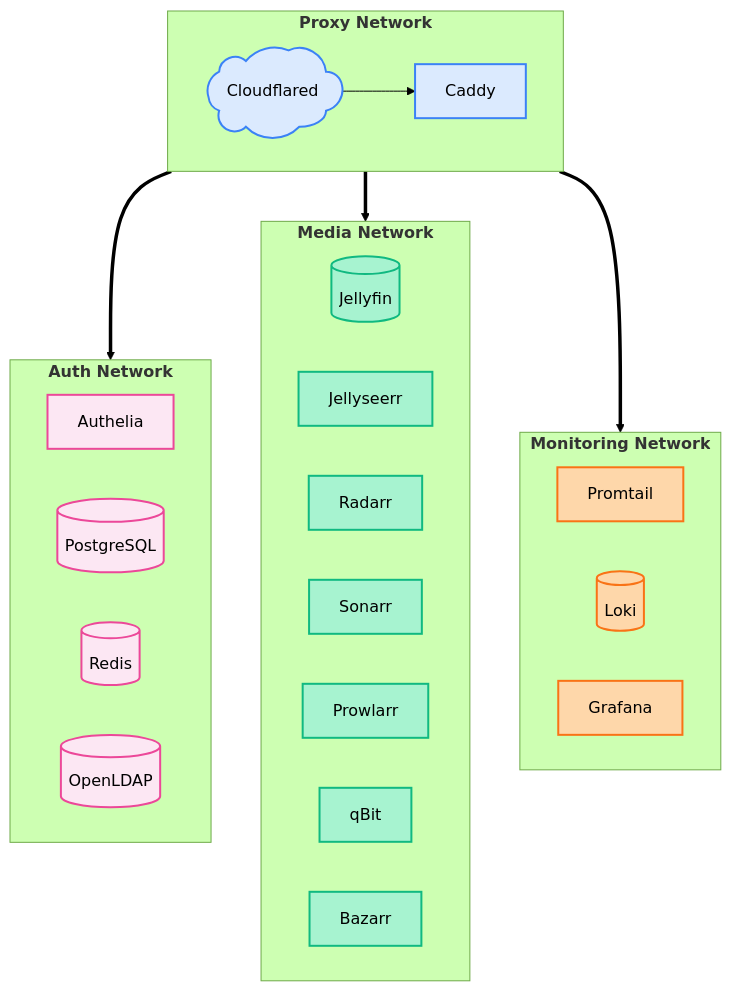
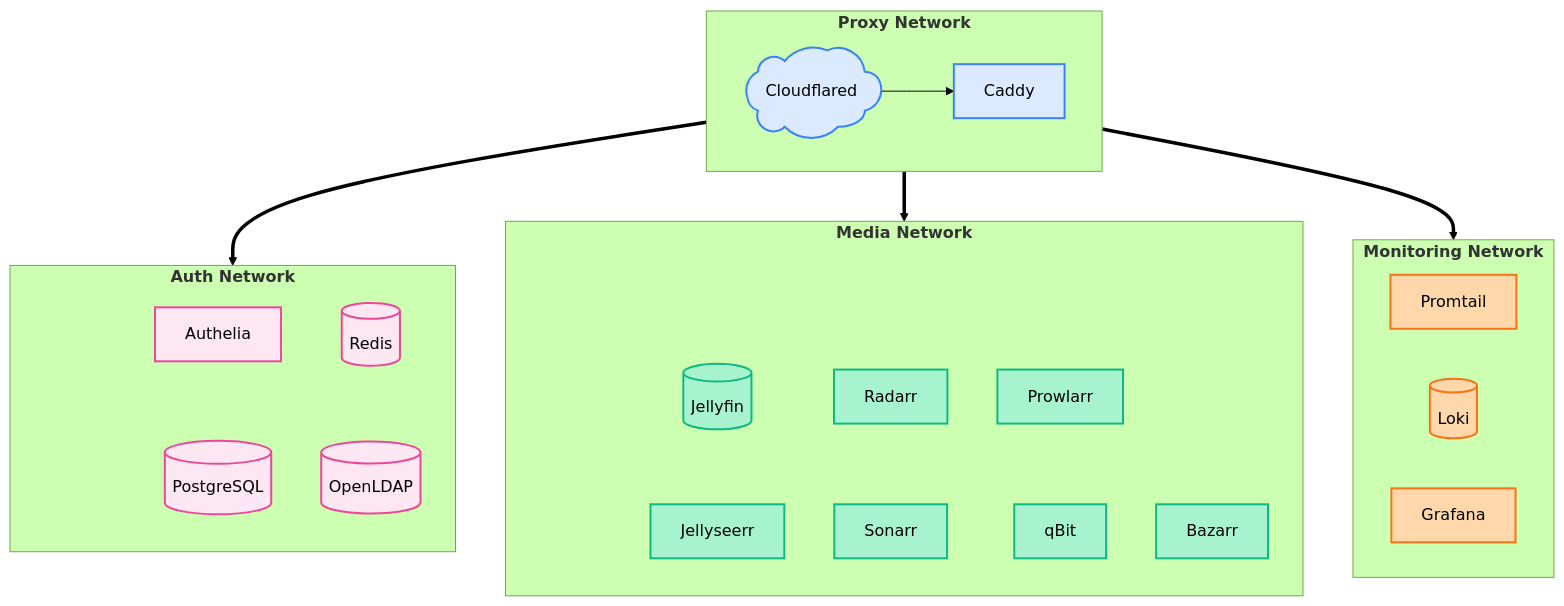
One commit to Mykyta-Home-Server/homeserver changed the fourth of 4 diagrams in docs-site/src/content/docs/guides/introduction.mdx. Above: the diagram before and after it, drawn with Mermaid (forest theme). The commit also changed 1 other file, not shown here.

First paragraph of the commit message:
Redesign diagrams: compact grid layouts with minimal whitespace
Completely redesigned diagrams to remove excessive empty space and implement proper grid layouts as requested.

````diff
--- a/docs-site/src/content/docs/guides/introduction.mdx
+++ b/docs-site/src/content/docs/guides/introduction.mdx
@@ -130,47 +130,69 @@
 ```mermaid
 flowchart TB
     subgraph proxy["`**Proxy Network**`"]
         direction LR
         CF@{ shape: cloud, label: "Cloudflared" }
         Caddy@{ shape: rect, label: "Caddy" }
     end
 
     subgraph auth["`**Auth Network**`"]
-        direction LR
+        direction TB
+        row1_a[" "]
+        row2_a[" "]
         Authelia@{ shape: rect, label: "Authelia" }
         PG@{ shape: cyl, label: "PostgreSQL" }
         Redis@{ shape: cyl, label: "Redis" }
         LDAP@{ shape: cyl, label: "OpenLDAP" }
+
+        row1_a ~~~ row2_a
+        Authelia ~~~ PG
+        Redis ~~~ LDAP
     end
 
     subgraph media["`**Media Network**`"]
-        direction LR
+        direction TB
+        row1_m[" "]
+        row2_m[" "]
+        row3_m[" "]
         JF@{ shape: cyl, label: "Jellyfin" }
         JS@{ shape: rect, label: "Jellyseerr" }
         RD@{ shape: rect, label: "Radarr" }
         SN@{ shape: rect, label: "Sonarr" }
         PW@{ shape: rect, label: "Prowlarr" }
         QB@{ shape: rect, label: "qBit" }
         BZ@{ shape: rect, label: "Bazarr" }
+
+        row1_m ~~~ row2_m
+        row2_m ~~~ row3_m
+        JF ~~~ JS
+        RD ~~~ SN
+        PW ~~~ QB
+        BZ
     end
 
     subgraph monitor["`**Monitoring Network**`"]
         direction LR
         PT@{ shape: rect, label: "Promtail" }
         Loki@{ shape: cyl, label: "Loki" }
         Graf@{ shape: rect, label: "Grafana" }
     end
 
     CF --> Caddy
     Caddy ==> auth & media & monitor
 
+    style row1_a fill:none,stroke:none
+    style row2_a fill:none,stroke:none
+    style row1_m fill:none,stroke:none
+    style row2_m fill:none,stroke:none
+    style row3_m fill:none,stroke:none
+
     classDef proxyStyle fill:#dbeafe,stroke:#3b82f6,stroke-width:2px
     classDef authStyle fill:#fce7f3,stroke:#ec4899,stroke-width:2px
     classDef mediaStyle fill:#a7f3d0,stroke:#10b981,stroke-width:2px
     classDef monitorStyle fill:#fed7aa,stroke:#f97316,stroke-width:2px
 
     class CF,Caddy proxyStyle
     class Authelia,PG,Redis,LDAP authStyle
     class JF,JS,RD,SN,PW,QB,BZ mediaStyle
     class PT,Loki,Graf monitorStyle
 ```
````
